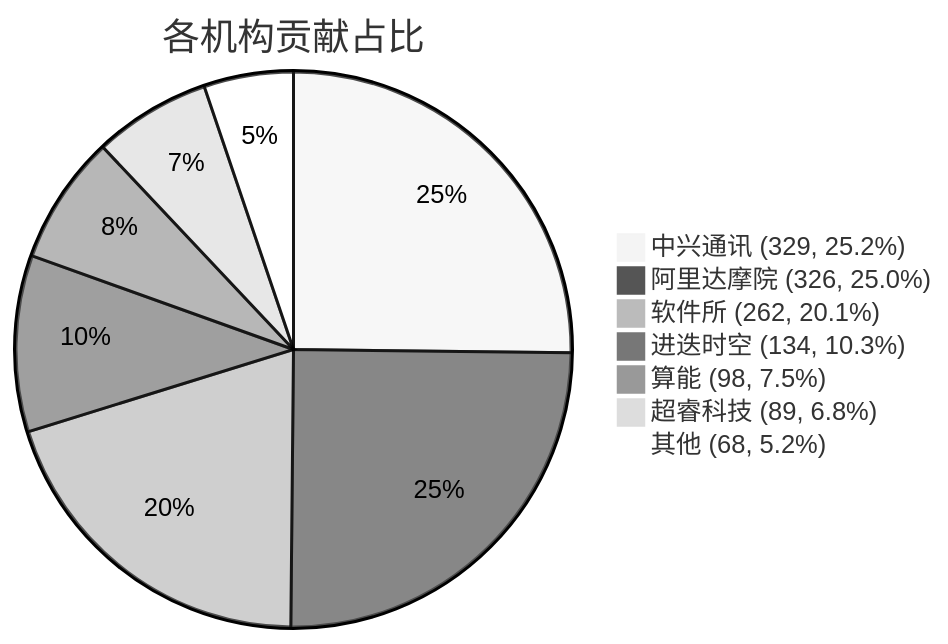
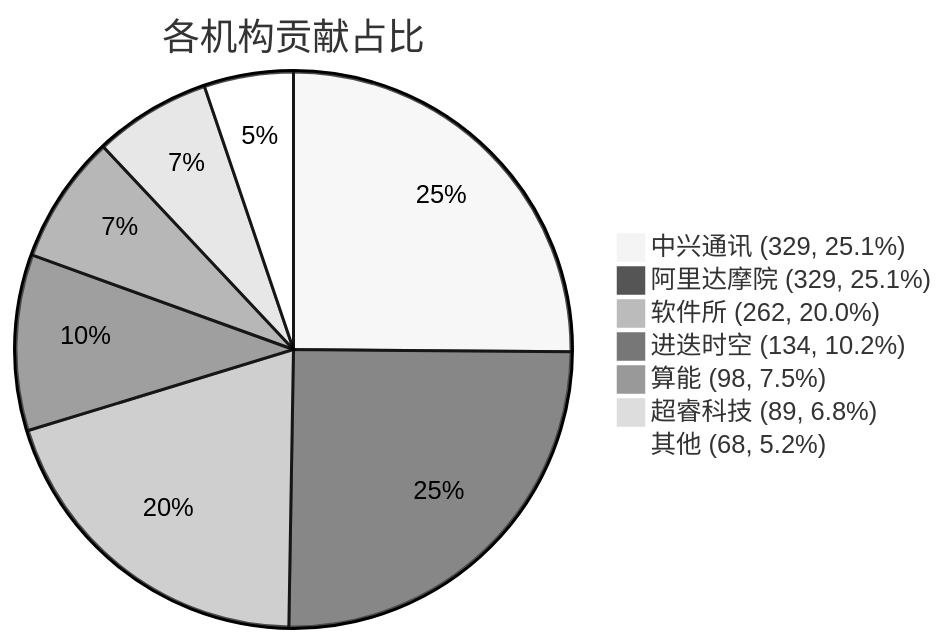
The diagram in docs/index.md (RVCK-Project/rvck), drawn with Mermaid (neutral theme) before and after one commit. The commit also changed other lines of this file and 20 other files, not shown here.

````diff
--- a/docs/index.md
+++ b/docs/index.md
@@ -39,10 +39,10 @@
 ```mermaid
 pie title 各机构贡献占比
-    "中兴通讯 (329, 25.2%)" : 329
-    "阿里达摩院 (326, 25.0%)" : 326
-    "软件所 (262, 20.1%)" : 262
-    "进迭时空 (134, 10.3%)" : 134
+    "中兴通讯 (329, 25.1%)" : 329
+    "阿里达摩院 (329, 25.1%)" : 329
+    "软件所 (262, 20.0%)" : 262
+    "进迭时空 (134, 10.2%)" : 134
     "算能 (98, 7.5%)" : 98
     "超睿科技 (89, 6.8%)" : 89
     "其他 (68, 5.2%)" : 68
 ```
````
